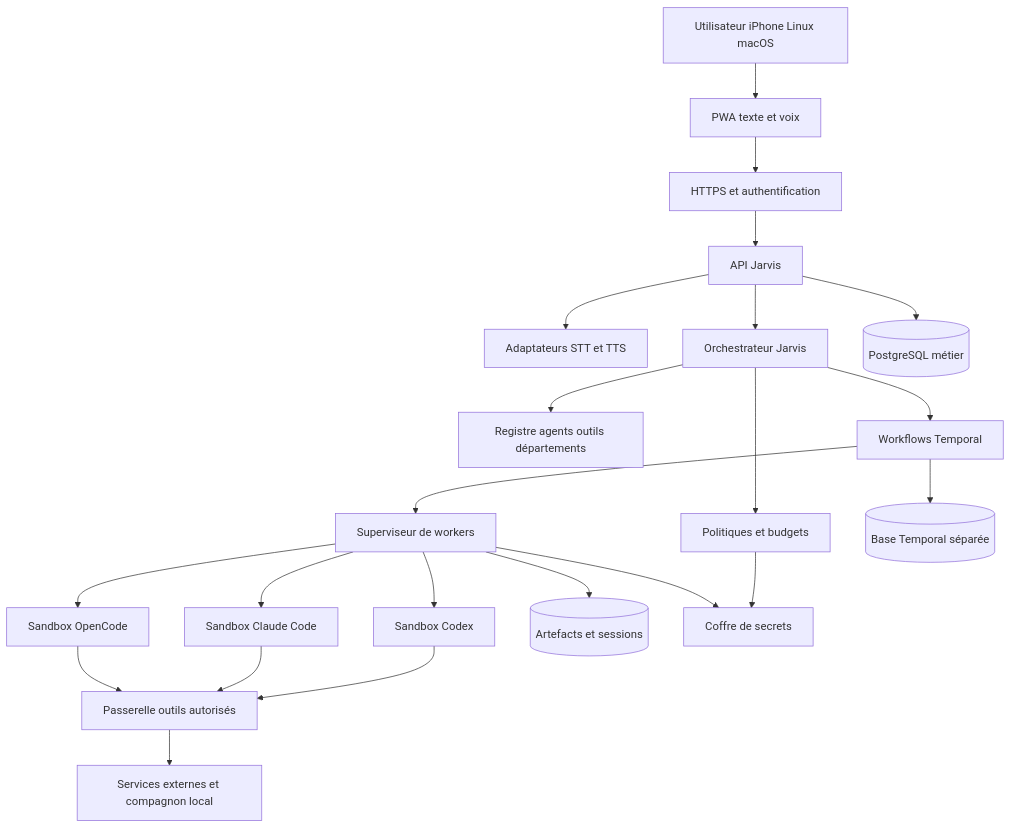
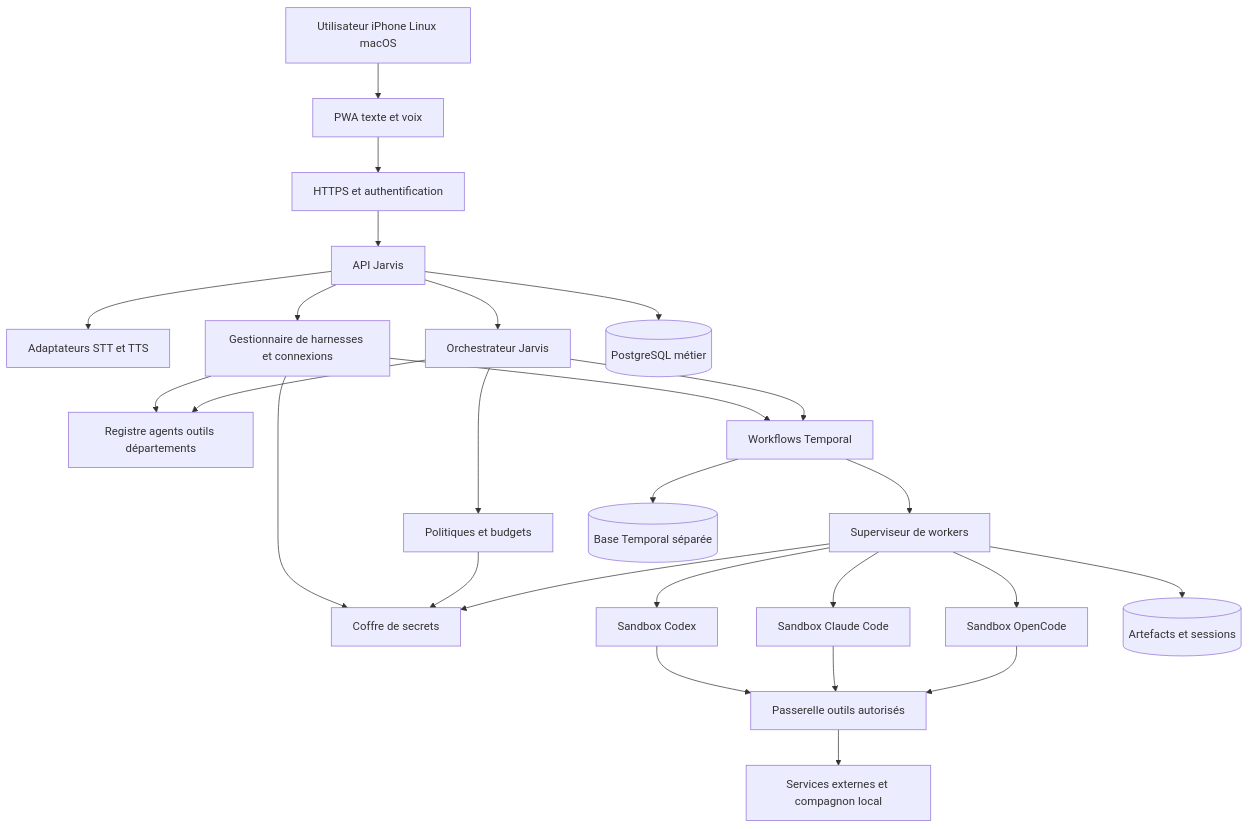
The first of 2 diagrams in specs/02-architecture.md (rl-safeyes/jarvis), drawn with Mermaid before and after one commit. The commit also changed other lines of this file and 57 other files, not shown here.

````diff
--- a/specs/02-architecture.md
+++ b/specs/02-architecture.md
@@ -7,24 +7,28 @@
 ```mermaid
 flowchart TB
     U[Utilisateur iPhone Linux macOS] --> P[PWA texte et voix]
     P --> G[HTTPS et authentification]
     G --> A[API Jarvis]
     A --> V[Adaptateurs STT et TTS]
+    A --> M[Gestionnaire de harnesses et connexions]
+    M --> R
+    M --> T
+    M --> S
     A --> O[Orchestrateur Jarvis]
     O --> R[Registre agents outils départements]
     O --> K[Politiques et budgets]
     O --> T[Workflows Temporal]
     T --> W[Superviseur de workers]
     W --> C[Sandbox Codex]
     W --> H[Sandbox Claude Code]
     W --> Q[Sandbox OpenCode]
     C --> B[Passerelle outils autorisés]
     H --> B
     Q --> B
     B --> X[Services externes et compagnon local]
     A --> D[(PostgreSQL métier)]
     T --> TD[(Base Temporal séparée)]
     W --> F[(Artefacts et sessions)]
     K --> S[Coffre de secrets]
     W --> S
 ```
````
